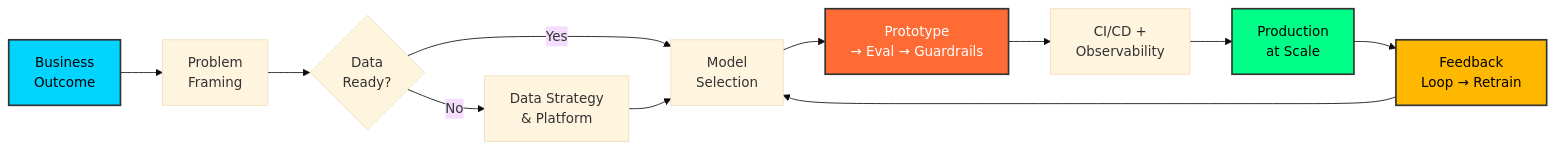
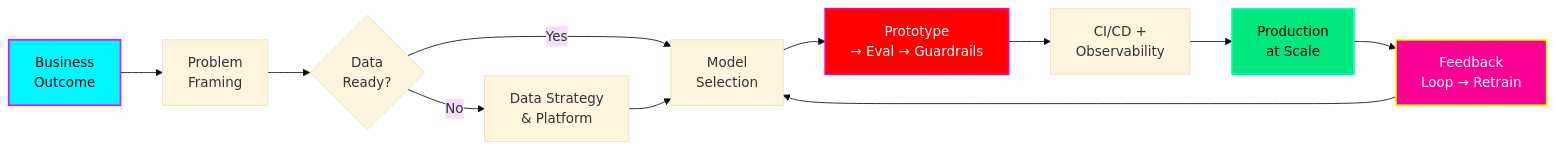
The diagram in README.md (vivek-vibhuti/vivek-vibhuti), drawn with Mermaid (base theme) before and after one commit. The commit also changed other lines of this file, not shown here.

````diff
--- a/README.md
+++ b/README.md
@@ -34,18 +34,18 @@
 ```mermaid
 flowchart LR
     A[Business\nOutcome] --> B[Problem\nFraming]
     B --> C{Data\nReady?}
     C -->|No| D[Data Strategy\n& Platform]
     C -->|Yes| E[Model\nSelection]
     D --> E
     E --> F[Prototype\n→ Eval → Guardrails]
     F --> G[CI/CD +\nObservability]
     G --> H[Production\nat Scale]
     H --> I[Feedback\nLoop → Retrain]
     I --> E
     
-    style A fill:#00D4FF,color:#000,stroke:#333,stroke-width:2px
-    style H fill:#00FF88,color:#000,stroke:#333,stroke-width:2px
-    style I fill:#FFB800,color:#000,stroke:#333,stroke-width:2px
-    style F fill:#FF6B35,color:#fff,stroke:#333,stroke-width:2px
+    style A fill:#00F7FF,color:#000,stroke:#D414FE,stroke-width:2px
+    style H fill:#00E77F,color:#000,stroke:#00FFB7,stroke-width:2px
+    style I fill:#FB0094,color:#fff,stroke:#FFFF00,stroke-width:2px
+    style F fill:#FF0000,color:#fff,stroke:#FB0094,stroke-width:2px
 ```
````
